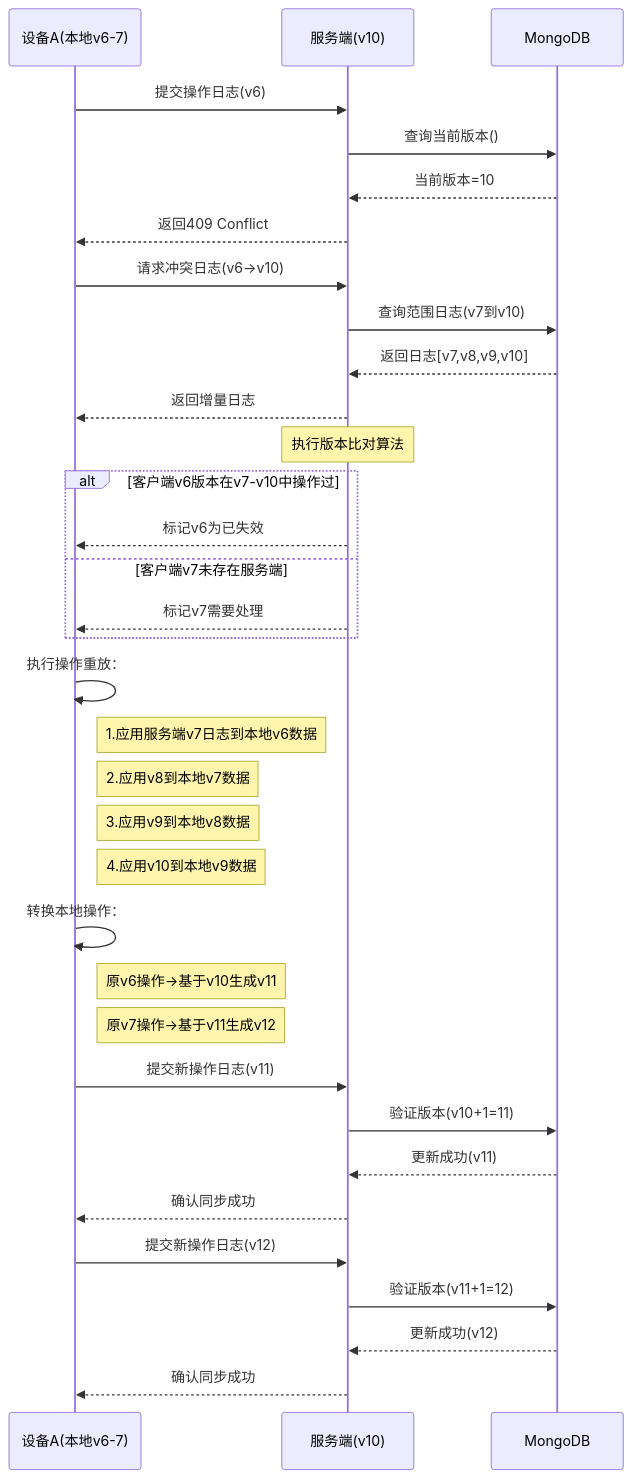
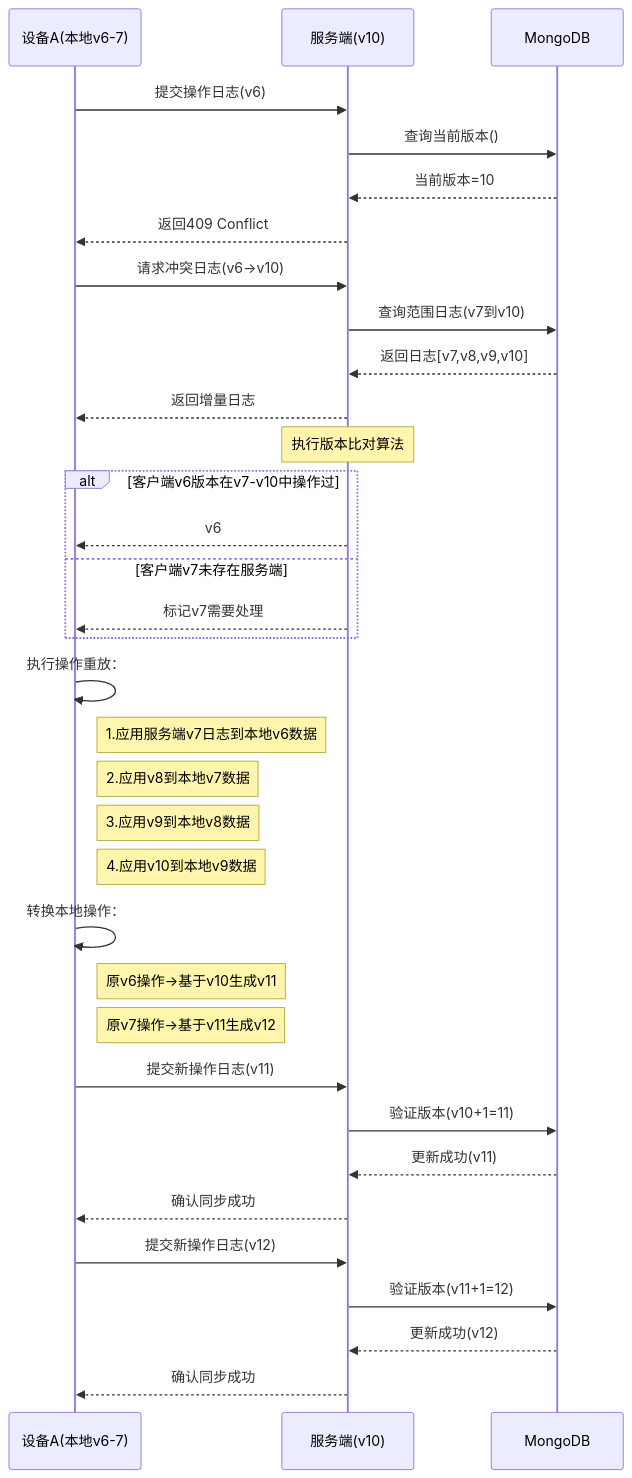
One commit to yingjianzh/iodraw-files changed the diagram in all/未命名-26.md. Above: the diagram before and after it, drawn with Mermaid.

Commit message:
2025-02-26 16:48:38 update

````diff
--- a/all/未命名-26.md
+++ b/all/未命名-26.md
@@ -1,49 +1,49 @@
 ```mermaid
 sequenceDiagram
     participant A as 设备A(本地v6-7)
     participant S as 服务端(v10)
     participant DB as MongoDB
 
     %% 初始同步尝试
     A->>S: 提交操作日志(v6)
     S->>DB: 查询当前版本()
     DB-->>S: 当前版本=10
     S-->>A: 返回409 Conflict
 
     %% 冲突解决阶段
     A->>S: 请求冲突日志(v6→v10)
     S->>DB: 查询范围日志(v7到v10)
     DB-->>S: 返回日志[v7,v8,v9,v10]
     S-->>A: 返回增量日志
 
 
     Note over S: 执行版本比对算法
     alt 客户端v6版本在v7-v10中操作过
-        S-->>A: 标记v6为已失效
+        S-->>A: v6
     else 客户端v7未存在服务端
         S-->>A: 标记v7需要处理
     end
 
     %% 本地数据重建
     A->>A: 执行操作重放：
     note right of A: 1.应用服务端v7日志到本地v6数据
     note right of A: 2.应用v8到本地v7数据
     note right of A: 3.应用v9到本地v8数据
     note right of A: 4.应用v10到本地v9数据
 
     %% 本地操作转换
     A->>A: 转换本地操作：
     note right of A: 原v6操作→基于v10生成v11
     note right of A: 原v7操作→基于v11生成v12
 
     %% 重新提交
     A->>S: 提交新操作日志(v11)
     S->>DB: 验证版本(v10+1=11)
     DB-->>S: 更新成功(v11)
     S-->>A: 确认同步成功
 
     A->>S: 提交新操作日志(v12)
     S->>DB: 验证版本(v11+1=12)
     DB-->>S: 更新成功(v12)
     S-->>A: 确认同步成功
 ```
````
